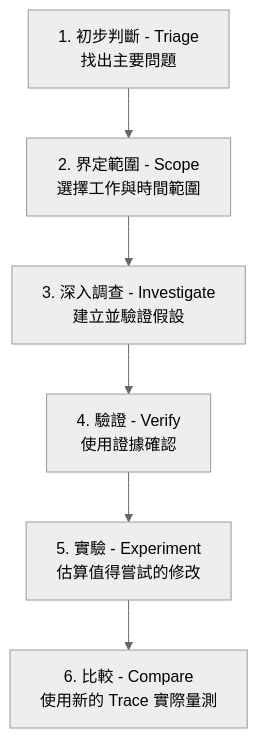
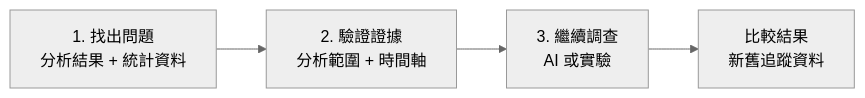
One commit to kuopinghsu/FreeRTOS-BTF-Trace changed the first of 3 diagrams in BTFViewer/AI_zh-TW.md. Above: the diagram before and after it, drawn with Mermaid (neutral theme). The commit also changed other lines of this file and 22 other files, not shown here.

````diff
--- a/BTFViewer/AI_zh-TW.md
+++ b/BTFViewer/AI_zh-TW.md
@@ -20,8 +14,6 @@
-```mermaid
-flowchart TD
-  triage["1. 初步判斷 - Triage<br/>找出主要問題"] --> scope["2. 界定範圍 - Scope<br/>選擇工作與時間範圍"]
-  scope --> investigate["3. 深入調查 - Investigate<br/>建立並驗證假設"]
-  investigate --> verify["4. 驗證 - Verify<br/>使用證據確認"]
-  verify --> experiment["5. 實驗 - Experiment<br/>估算值得嘗試的修改"]
-  experiment --> compare["6. 比較 - Compare<br/>使用新的 Trace 實際量測"]
+``` mermaid
+flowchart LR
+  A["1. 找出問題<br/>分析結果 + 統計資料"] --> B["2. 驗證證據<br/>分析範圍 + 時間軸"]
+  B --> C["3. 繼續調查<br/>AI 或實驗"]
+  C --> D["比較結果<br/>新舊追蹤資料"]
 ```
````
